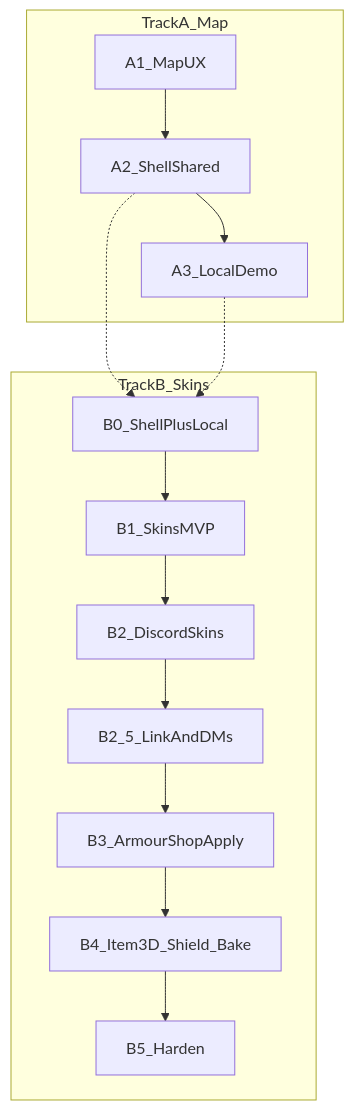
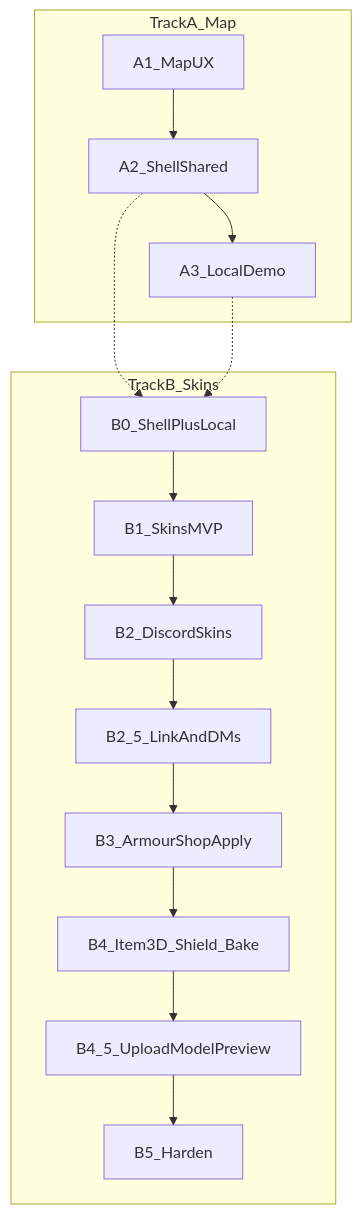
One commit to Drefvelin/ProvinceSystem changed the diagram in Planning/03-roadmap.md. Above: the diagram before and after it, drawn with Mermaid. The commit also changed other lines of this file and 78 other files, not shown here.

````diff
--- a/Planning/03-roadmap.md
+++ b/Planning/03-roadmap.md
@@ -7,27 +7,29 @@
 ```mermaid
 flowchart TD
   subgraph trackA [TrackA_Map]
     A1[A1_MapUX]
     A2[A2_ShellShared]
     A3[A3_LocalDemo]
     A1 --> A2
     A2 --> A3
   end
   subgraph trackB [TrackB_Skins]
     B0[B0_ShellPlusLocal]
     B1[B1_SkinsMVP]
     B2[B2_DiscordSkins]
     B25[B2_5_LinkAndDMs]
     B3[B3_ArmourShopApply]
     B4[B4_Item3D_Shield_Bake]
+    B45[B4_5_UploadModelPreview]
     B5[B5_Harden]
     B0 --> B1
     B1 --> B2
     B2 --> B25
     B25 --> B3
     B3 --> B4
-    B4 --> B5
+    B4 --> B45
+    B45 --> B5
   end
   A2 -.-> B0
   A3 -.-> B0
 ```
````
